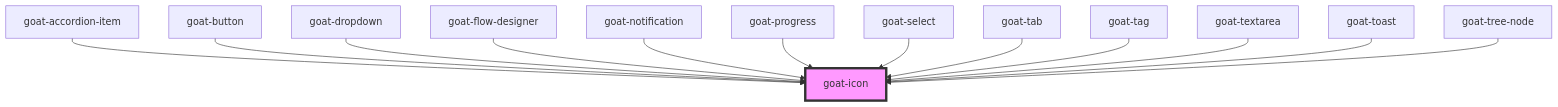
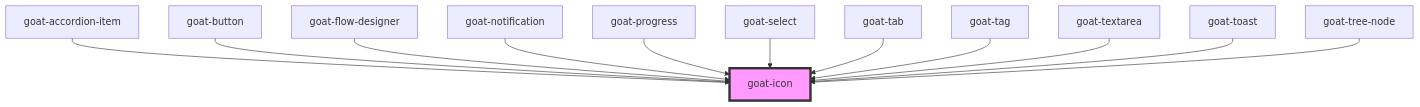
One commit to goatui/components changed the diagram in src/components/icon/readme.md. Above: the diagram before and after it, drawn with Mermaid. The commit also changed other lines of this file and 34 other files, not shown here.

````diff
--- a/src/components/icon/readme.md
+++ b/src/components/icon/readme.md
@@ -34,16 +33,15 @@
 ```mermaid
 graph TD;
   goat-accordion-item --> goat-icon
   goat-button --> goat-icon
-  goat-dropdown --> goat-icon
   goat-flow-designer --> goat-icon
   goat-notification --> goat-icon
   goat-progress --> goat-icon
   goat-select --> goat-icon
   goat-tab --> goat-icon
   goat-tag --> goat-icon
   goat-textarea --> goat-icon
   goat-toast --> goat-icon
   goat-tree-node --> goat-icon
   style goat-icon fill:#f9f,stroke:#333,stroke-width:4px
 ```
````
